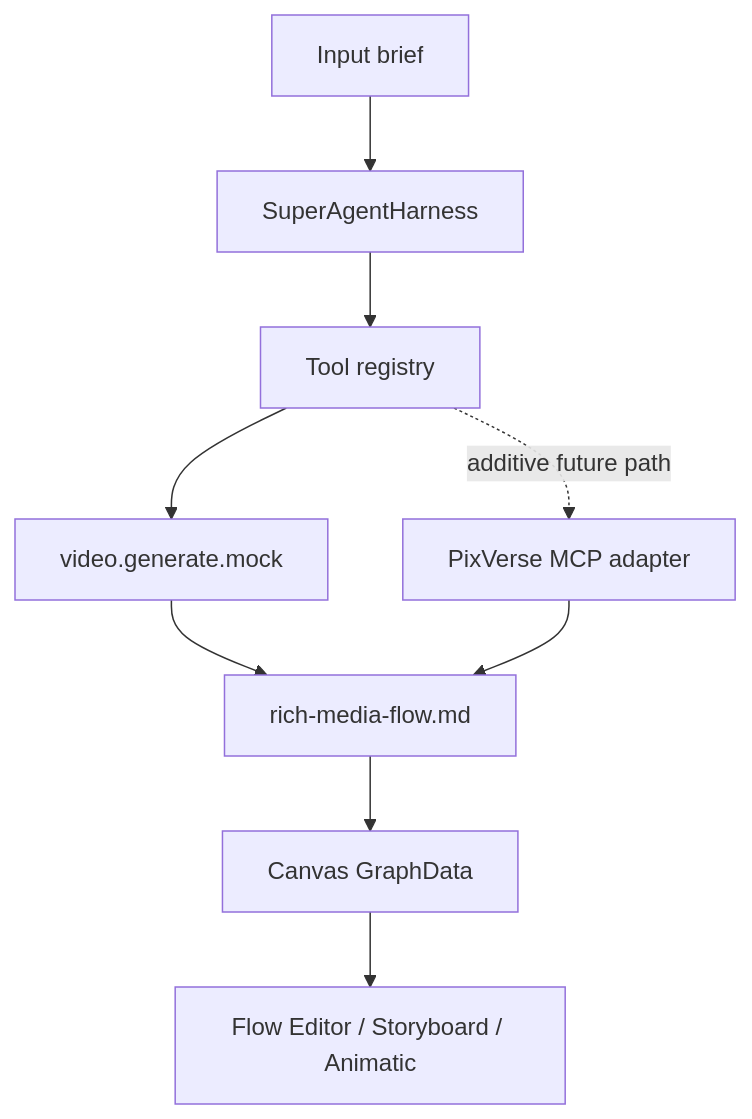
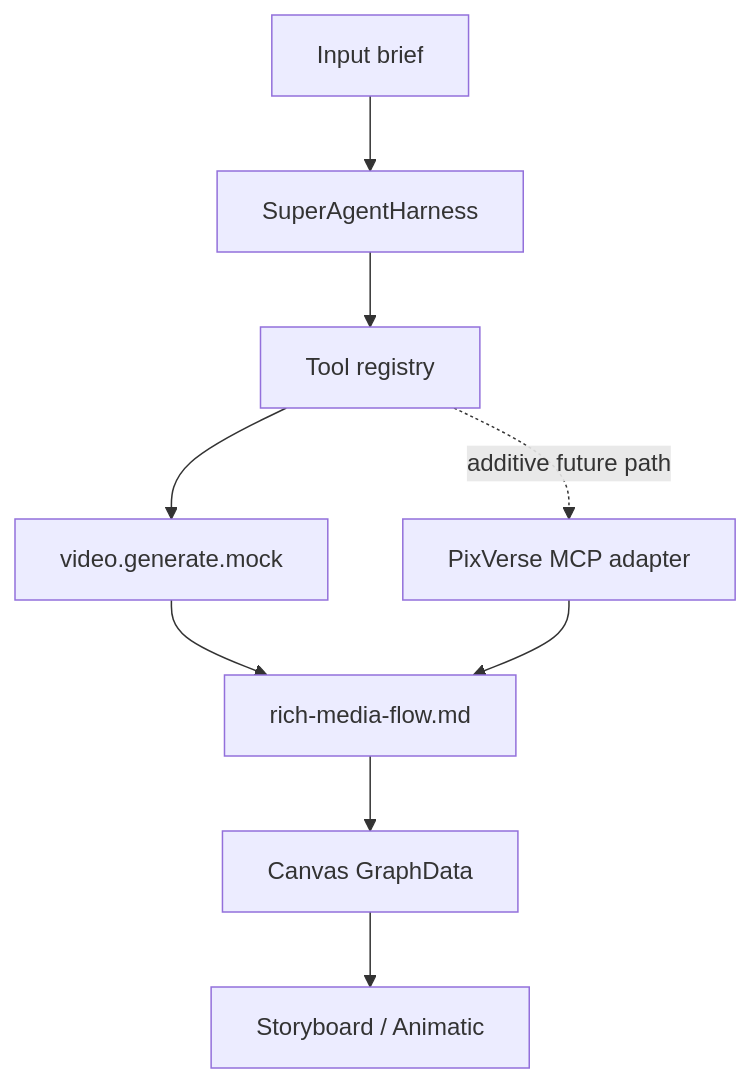
One commit to huijoohwee/knowgrph changed the third of 3 diagrams in docs/documents/knowgrph-pixverse-mcp-prd-tad.md. Above: the diagram before and after it, drawn with Mermaid. The commit also changed other lines of this file and 959 other files, not shown here.

````diff
--- a/docs/documents/knowgrph-pixverse-mcp-prd-tad.md
+++ b/docs/documents/knowgrph-pixverse-mcp-prd-tad.md
@@ -351,18 +351,18 @@
 ```mermaid
 flowchart TB
     BRIEF[Input brief]
     HARNESS[SuperAgentHarness]
     REGISTRY[Tool registry]
     MOCK[video.generate.mock]
     PIX[PixVerse MCP adapter]
     WORKSPACE[rich-media-flow.md]
     GRAPH[Canvas GraphData]
-    RENDER[Flow Editor / Storyboard / Animatic]
+    RENDER[Storyboard / Animatic]
 
     BRIEF --> HARNESS --> REGISTRY
     REGISTRY --> MOCK
     REGISTRY -. additive future path .-> PIX
     MOCK --> WORKSPACE
     PIX --> WORKSPACE
     WORKSPACE --> GRAPH --> RENDER
 ```
````
